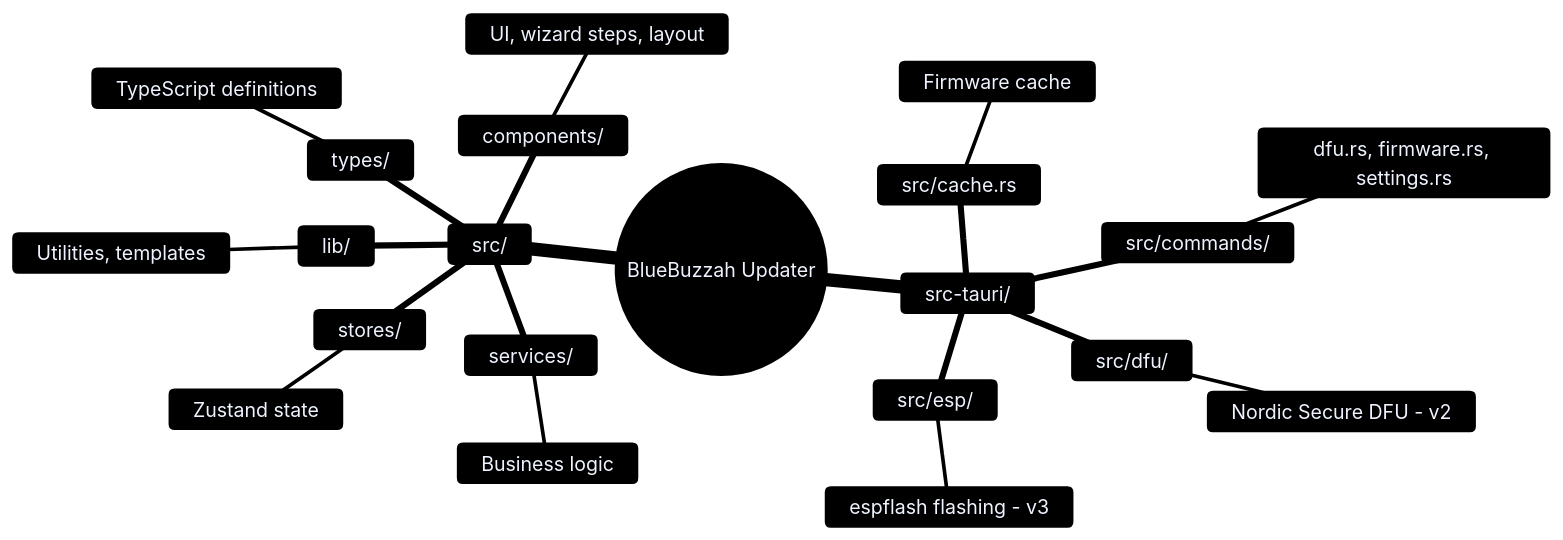
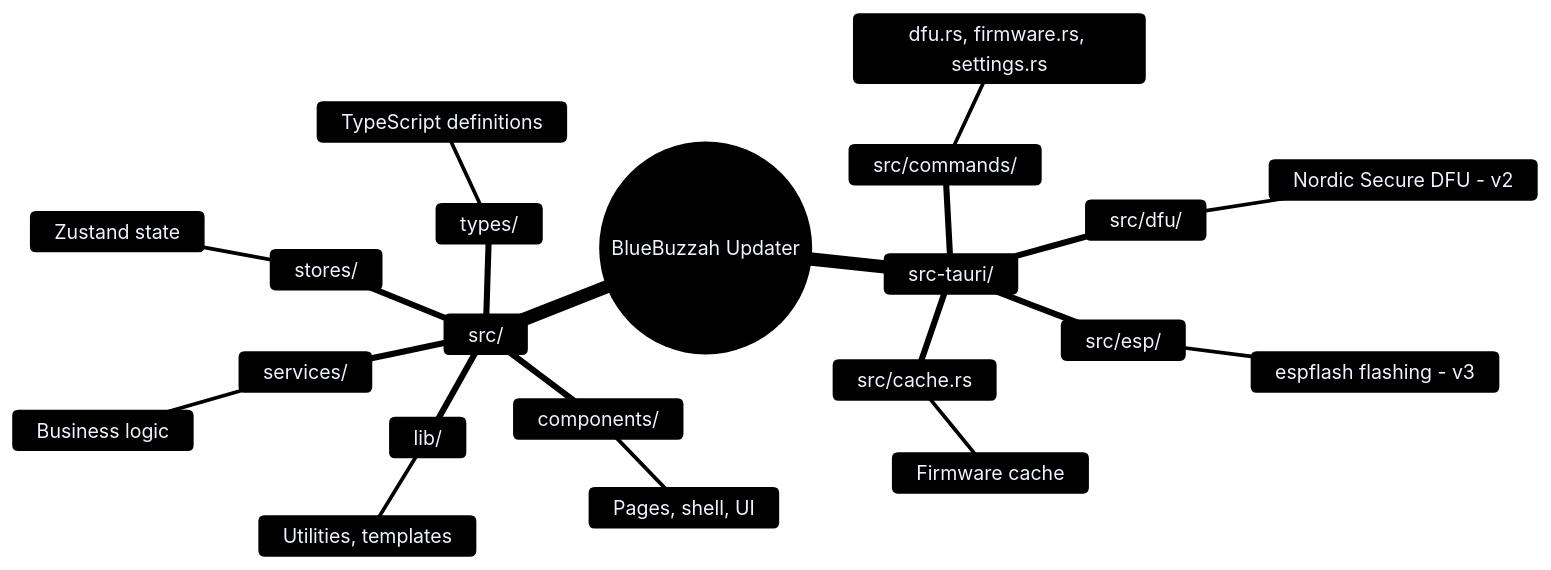
One commit to BlueBuzzah/BlueBuzzah-Updater changed the diagram in README.md. Above: the diagram before and after it, drawn with Mermaid. The commit also changed other lines of this file and 2 other files, not shown here.

````diff
--- a/README.md
+++ b/README.md
@@ -69,32 +62,32 @@
 ```mermaid
 %%{init: {'theme': 'base', 'themeVariables': {
   'primaryColor': '#0f1830',
   'primaryTextColor': '#eef3ff',
   'primaryBorderColor': '#4fb0ff',
   'lineColor': '#4fb0ff',
   'secondaryColor': '#26355a',
   'tertiaryColor': '#070d1c'
 }}}%%
 mindmap
   root((BlueBuzzah Updater))
     src/
       components/
-        UI, wizard steps, layout
+        Pages, shell, UI
       services/
         Business logic
       stores/
         Zustand state
       types/
         TypeScript definitions
       lib/
         Utilities, templates
     src-tauri/
       src/commands/
         dfu.rs, firmware.rs, settings.rs
       src/dfu/
         Nordic Secure DFU - v2
       src/esp/
         espflash flashing - v3
       src/cache.rs
         Firmware cache
 ```
````
